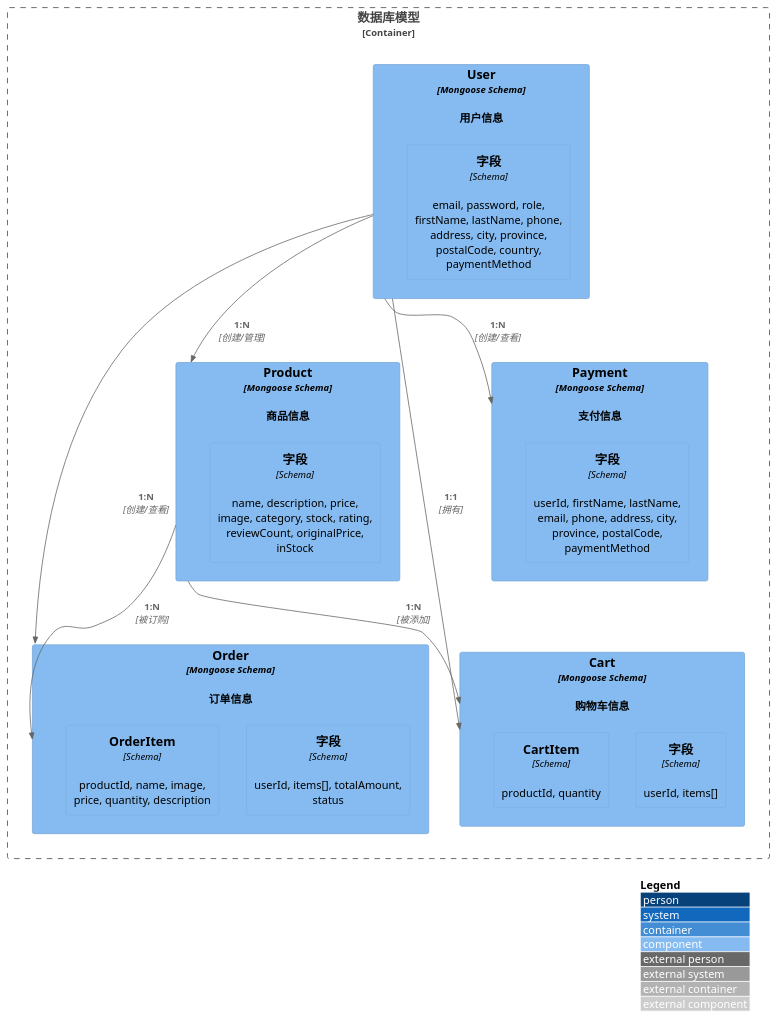
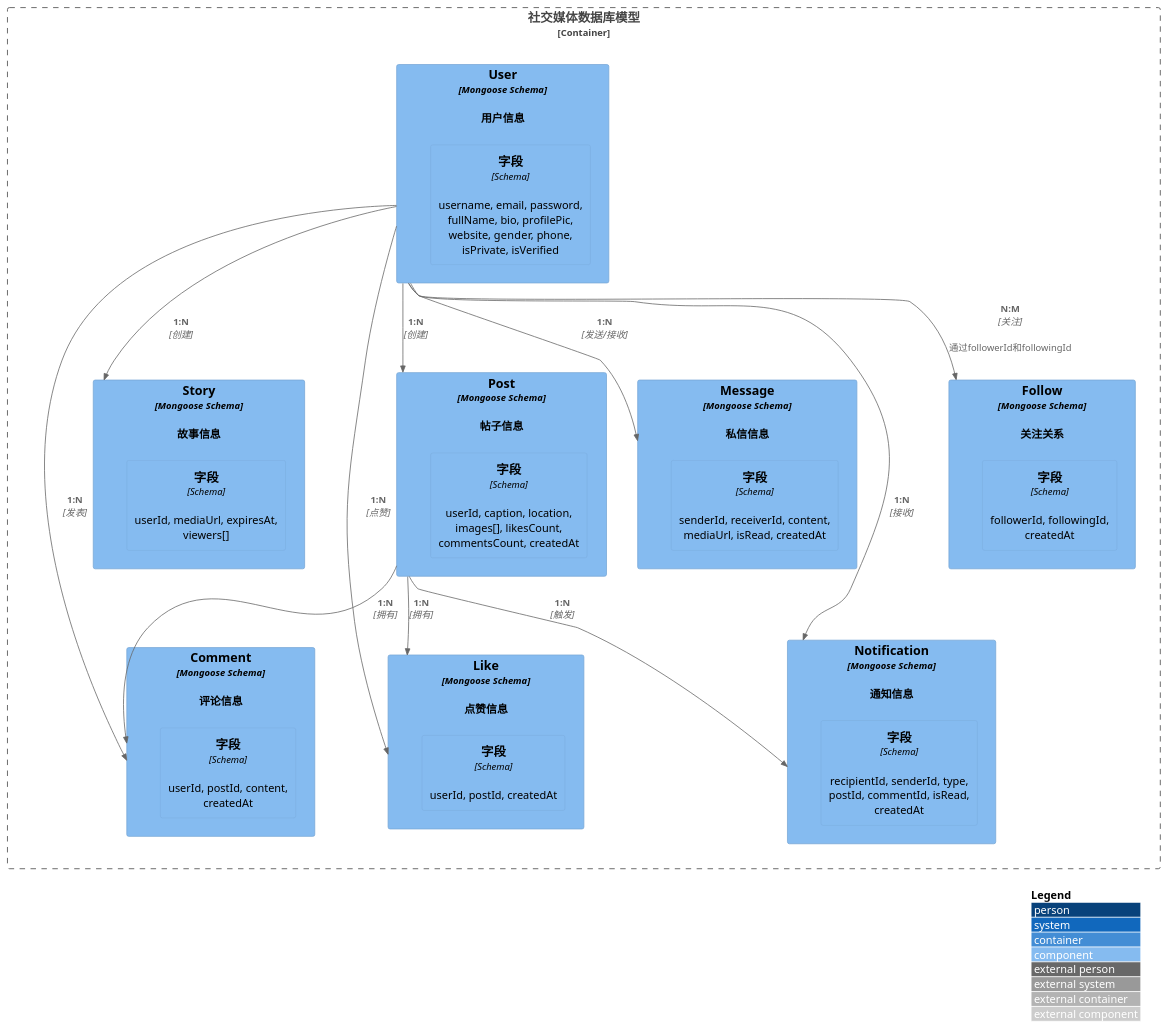
One commit to felixzhu97/social-media-project changed the diagram in docs/architecture/ER-model.puml. Above: the diagram before and after it, drawn with PlantUML. The commit also changed 1 other file, not shown here.

Commit message:
更新架构文档，重构系统上下文图和数据库模型，调整为社交媒体系统，添加帖子、故事、评论、点赞、私信、通知和关注关系的相关模型及其字段。

```diff
--- a/docs/architecture/ER-model.puml
+++ b/docs/architecture/ER-model.puml
@@ -1,40 +1,56 @@
 @startuml
 !include ./c4-plantuml/C4_Context.puml
 !include ./c4-plantuml//C4_Container.puml
 !include ./c4-plantuml//C4_Component.puml
 
 LAYOUT_WITH_LEGEND()
 
 ' 数据库模型图
-Container_Boundary(database, "数据库模型") {
+Container_Boundary(database, "社交媒体数据库模型") {
     Component(user, "User", "Mongoose Schema", "用户信息") {
-        Component(user_fields, "字段", "Schema", "email, password, role, firstName, lastName, phone, address, city, province, postalCode, country, paymentMethod")
+        Component(user_fields, "字段", "Schema", "username, email, password, fullName, bio, profilePic, website, gender, phone, isPrivate, isVerified")
     }
 
-    Component(product, "Product", "Mongoose Schema", "商品信息") {
-        Component(product_fields, "字段", "Schema", "name, description, price, image, category, stock, rating, reviewCount, originalPrice, inStock")
+    Component(post, "Post", "Mongoose Schema", "帖子信息") {
+        Component(post_fields, "字段", "Schema", "userId, caption, location, images[], likesCount, commentsCount, createdAt")
     }
 
-    Component(order, "Order", "Mongoose Schema", "订单信息") {
-        Component(order_fields, "字段", "Schema", "userId, items[], totalAmount, status")
-        Component(order_item, "OrderItem", "Schema", "productId, name, image, price, quantity, description")
+    Component(story, "Story", "Mongoose Schema", "故事信息") {
+        Component(story_fields, "字段", "Schema", "userId, mediaUrl, expiresAt, viewers[]")
     }
 
-    Component(cart, "Cart", "Mongoose Schema", "购物车信息") {
-        Component(cart_fields, "字段", "Schema", "userId, items[]")
-        Component(cart_item, "CartItem", "Schema", "productId, quantity")
+    Component(comment, "Comment", "Mongoose Schema", "评论信息") {
+        Component(comment_fields, "字段", "Schema", "userId, postId, content, createdAt")
     }
 
-    Component(payment, "Payment", "Mongoose Schema", "支付信息") {
-        Component(payment_fields, "字段", "Schema", "userId, firstName, lastName, email, phone, address, city, province, postalCode, paymentMethod")
+    Component(like, "Like", "Mongoose Schema", "点赞信息") {
+        Component(like_fields, "字段", "Schema", "userId, postId, createdAt")
+    }
+
+    Component(message, "Message", "Mongoose Schema", "私信信息") {
+        Component(message_fields, "字段", "Schema", "senderId, receiverId, content, mediaUrl, isRead, createdAt")
+    }
+
+    Component(notification, "Notification", "Mongoose Schema", "通知信息") {
+        Component(notification_fields, "字段", "Schema", "recipientId, senderId, type, postId, commentId, isRead, createdAt")
+    }
+
+    Component(follow, "Follow", "Mongoose Schema", "关注关系") {
+        Component(follow_fields, "字段", "Schema", "followerId, followingId, createdAt")
     }
 }
 
-Rel(user, product, "1:N", "创建/管理")
-Rel(user, order, "1:N", "创建/查看")
-Rel(user, cart, "1:1", "拥有")
-Rel(user, payment, "1:N", "创建/查看")
-Rel(product, order, "1:N", "被订购")
-Rel(product, cart, "1:N", "被添加")
+' 实体关系
+Rel(user, post, "1:N", "创建")
+Rel(user, story, "1:N", "创建")
+Rel(user, comment, "1:N", "发表")
+Rel(user, like, "1:N", "点赞")
+Rel(user, message, "1:N", "发送/接收")
+Rel(user, notification, "1:N", "接收")
+Rel(user, follow, "N:M", "关注", "通过followerId和followingId")
+
+Rel(post, comment, "1:N", "拥有")
+Rel(post, like, "1:N", "拥有")
+Rel(post, notification, "1:N", "触发")
 
 @enduml
```
